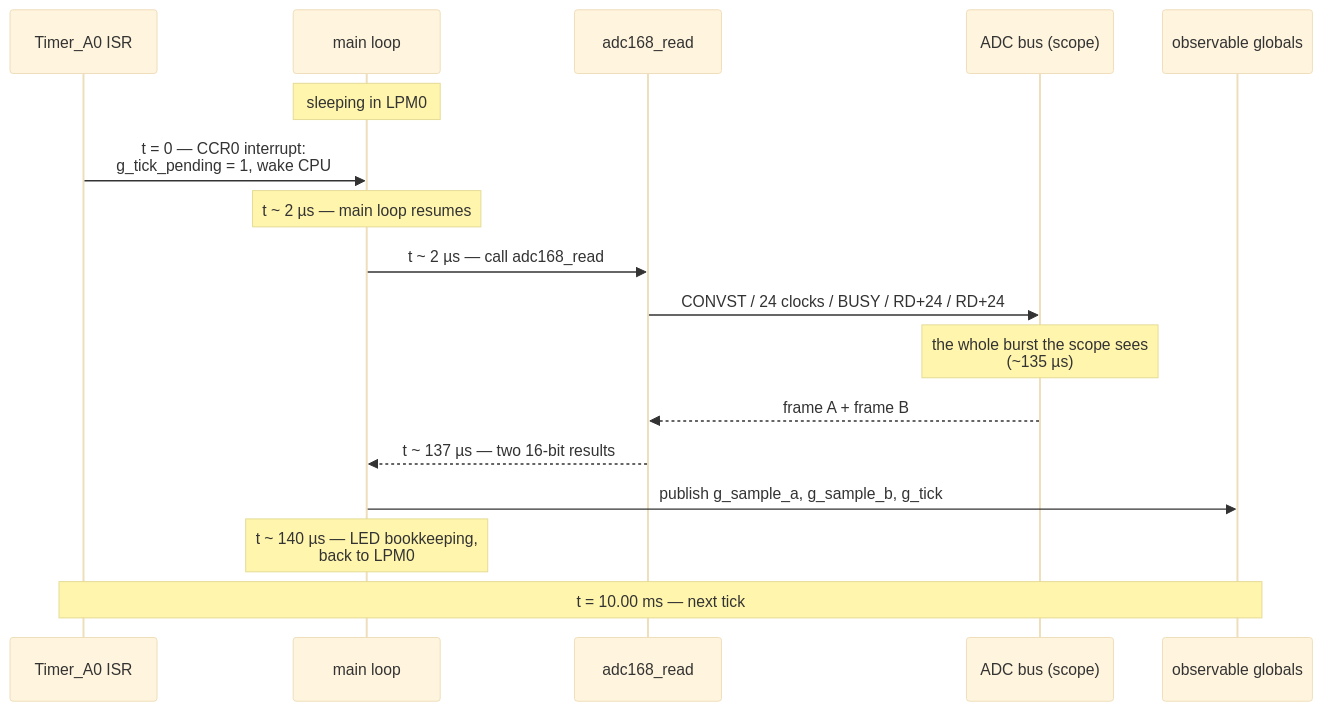
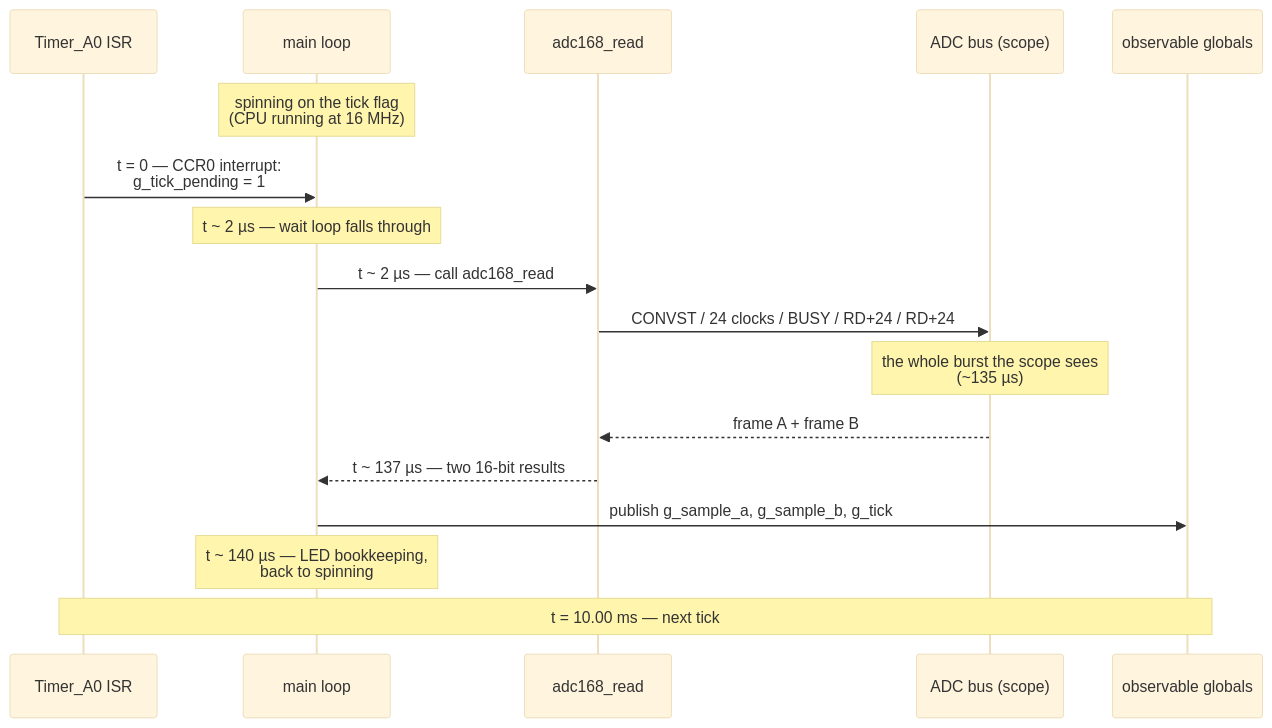
Before and after one commit to S-OConnor/MSP430_TestRepo: diagram 11 of 13 in docs/DESIGN.md, drawn with Mermaid (base theme). The commit also changed other lines of this file and 9 other files, not shown here.

````diff
--- a/docs/DESIGN.md
+++ b/docs/DESIGN.md
@@ -1137,20 +1166,20 @@
 ```mermaid
 sequenceDiagram
     participant T as Timer_A0 ISR
     participant L as main loop
     participant D as adc168_read
     participant B as ADC bus (scope)
     participant G as observable globals
 
-    Note over L: sleeping in LPM0
-    T->>L: t = 0 — CCR0 interrupt:<br/>g_tick_pending = 1, wake CPU
-    Note over L: t ~ 2 µs — main loop resumes
+    Note over L: spinning on the tick flag<br/>(CPU running at 16 MHz)
+    T->>L: t = 0 — CCR0 interrupt:<br/>g_tick_pending = 1
+    Note over L: t ~ 2 µs — wait loop falls through
     L->>D: t ~ 2 µs — call adc168_read
     D->>B: CONVST / 24 clocks / BUSY / RD+24 / RD+24
     Note over B: the whole burst the scope sees<br/>(~135 µs)
     B-->>D: frame A + frame B
     D-->>L: t ~ 137 µs — two 16-bit results
     L->>G: publish g_sample_a, g_sample_b, g_tick
-    Note over L: t ~ 140 µs — LED bookkeeping,<br/>back to LPM0
+    Note over L: t ~ 140 µs — LED bookkeeping,<br/>back to spinning
     Note over T,G: t = 10.00 ms — next tick
 ```
````
